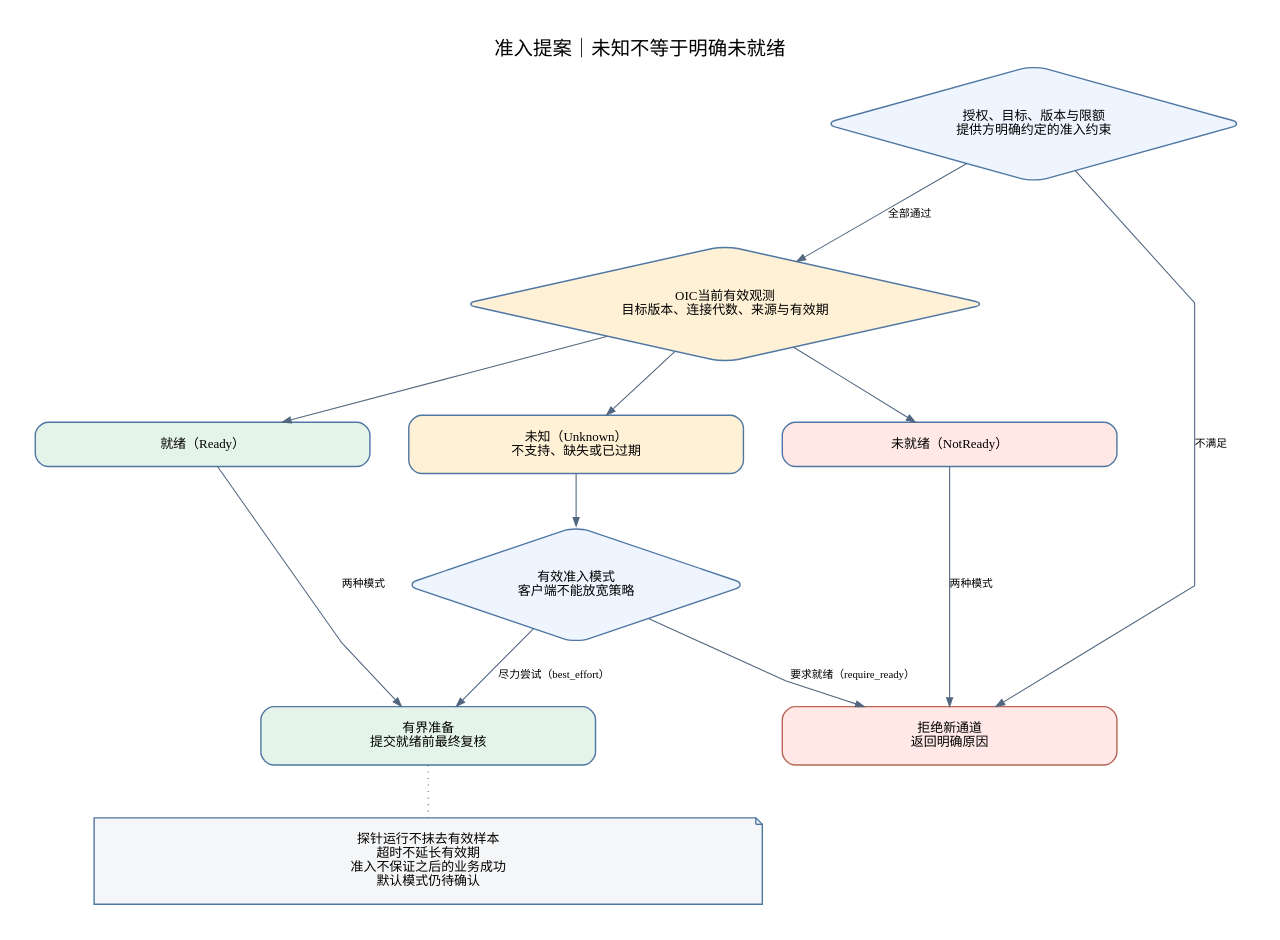
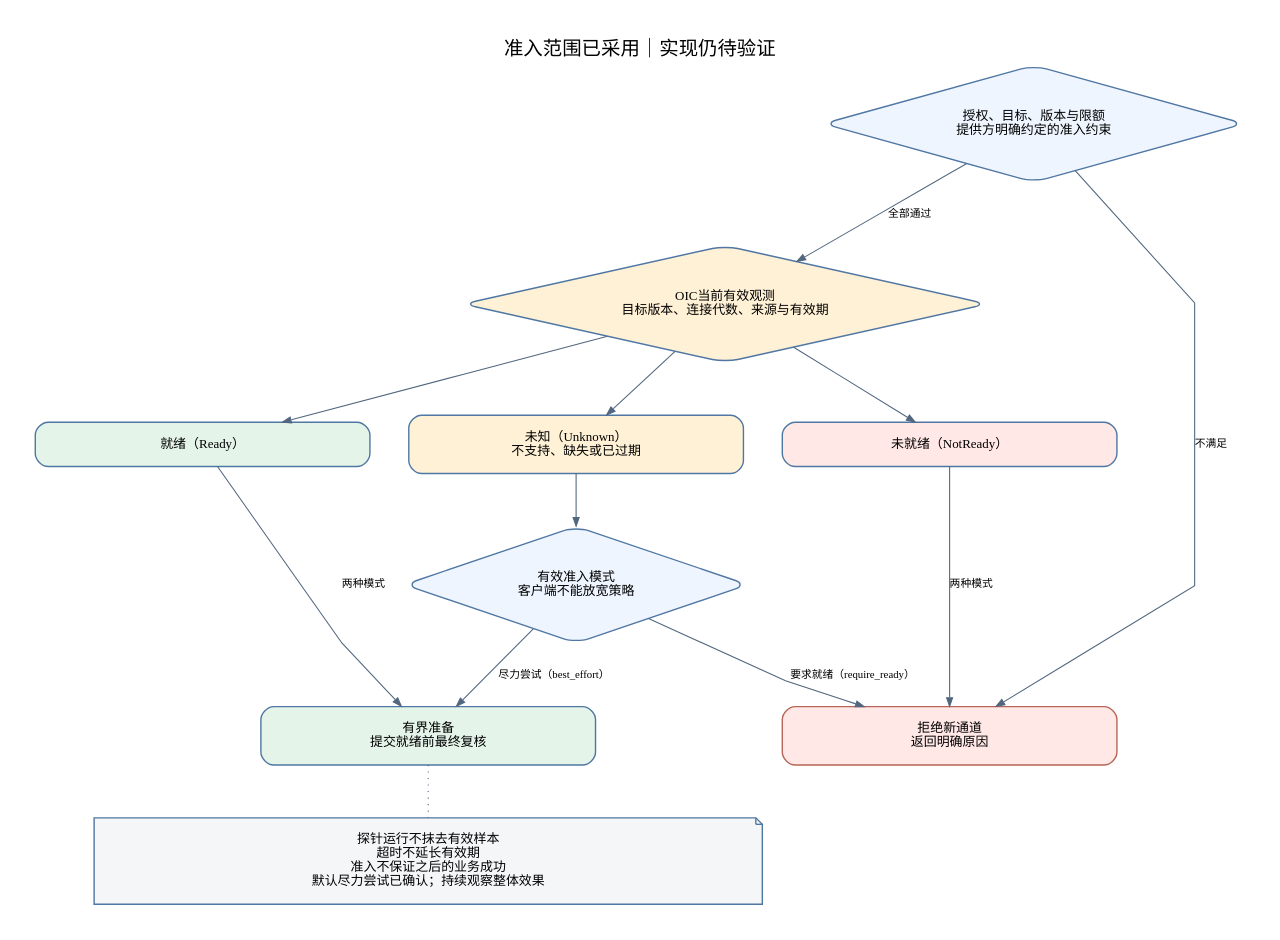
The diagram in docs/architecture/diagrams/v0.7/03-observation-state.dot (wyw-ai/loom-oi), drawn with Graphviz before and after one commit. The commit also changed 38 other files, not shown here.

```diff
--- a/docs/architecture/diagrams/v0.7/03-observation-state.dot
+++ b/docs/architecture/diagrams/v0.7/03-observation-state.dot
@@ -1,21 +1,21 @@
 digraph G {
 graph [bgcolor="white",pad="0.35",nodesep="0.5",ranksep="0.65",fontname="Noto Sans SC",fontsize=18,labelloc="t",splines=polyline];
 node [shape=box,style="rounded,filled",fillcolor="#eef5ff",color="#5077a3",fontname="Noto Sans SC",fontsize=12,width=4.3,margin="0.35,0.2",penwidth=1.3];
 edge [color="#52677f",fontname="Noto Sans SC",fontsize=10,arrowsize=0.8];
-rankdir=TB;label="准入提案｜未知不等于明确未就绪";
+rankdir=TB;label="准入范围已采用｜实现仍待验证";
  hard[label="授权、目标、版本与限额\n提供方明确约定的准入约束",shape=diamond];
  state[label="OIC当前有效观测\n目标版本、连接代数、来源与有效期",shape=diamond,fillcolor="#fff1d6"];
  ready[label="就绪（Ready）",fillcolor="#e4f4e9"];
  negative[label="未就绪（NotReady）",fillcolor="#ffe8e5"];
  unknown[label="未知（Unknown）\n不支持、缺失或已过期",fillcolor="#fff1d6"];
  mode[label="有效准入模式\n客户端不能放宽策略",shape=diamond];
  try[label="有界准备\n提交就绪前最终复核",fillcolor="#e4f4e9"];
  deny[label="拒绝新通道\n返回明确原因",fillcolor="#ffe8e5",color="#b76659"];
  hard->state[label="全部通过"];hard->deny[label="不满足"];
  state->ready;state->negative;state->unknown;{rank=same;ready;negative;unknown;}
  ready->try[label="两种模式"];negative->deny[label="两种模式"];
  unknown->mode;mode->try[label="尽力尝试（best_effort）"];mode->deny[label="要求就绪（require_ready）"];
- note[label="探针运行不抹去有效样本\n超时不延长有效期\n准入不保证之后的业务成功\n默认模式仍待确认",width=8.6,shape=note,fillcolor="#f5f6f8"];
+ note[label="探针运行不抹去有效样本\n超时不延长有效期\n准入不保证之后的业务成功\n默认尽力尝试已确认；持续观察整体效果",width=8.6,shape=note,fillcolor="#f5f6f8"];
  try->note[style=dotted,arrowhead=none];
 
 }
```
